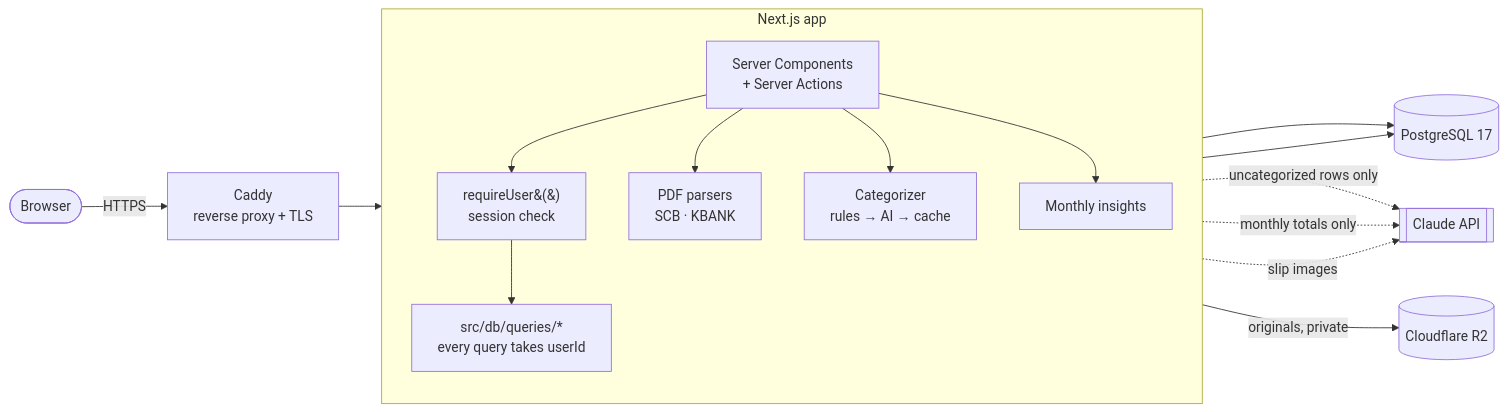
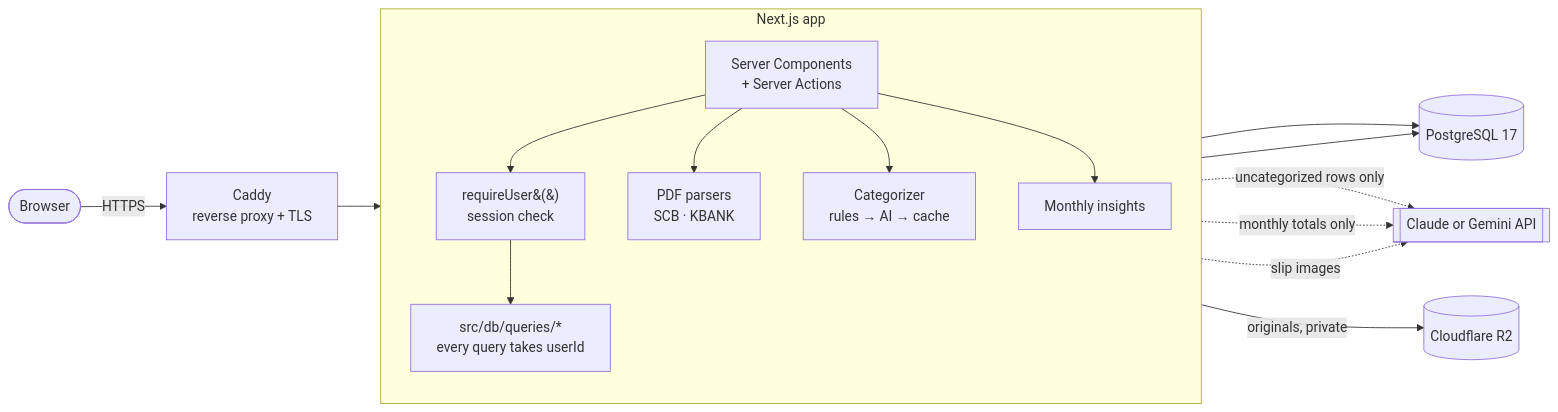
One commit to sariffff/finance-dashboard changed the first of 2 diagrams in README.md. Above: the diagram before and after it, drawn with Mermaid. The commit also changed other lines of this file and 25 other files, not shown here.

````diff
--- a/README.md
+++ b/README.md
@@ -35,21 +36,21 @@
 ```mermaid
 flowchart LR
   user([Browser]) -->|HTTPS| caddy[Caddy<br/>reverse proxy + TLS]
   caddy --> app
 
   subgraph app[Next.js app]
     direction TB
     ui[Server Components<br/>+ Server Actions] --> dal[requireUser&#40;&#41;<br/>session check]
     dal --> queries[src/db/queries/*<br/>every query takes userId]
     ui --> parsers[PDF parsers<br/>SCB · KBANK]
     ui --> categorize[Categorizer<br/>rules → AI → cache]
     ui --> insights[Monthly insights]
   end
 
   queries --> pg[(PostgreSQL 17)]
   categorize --> pg
-  categorize -.->|uncategorized rows only| claude[[Claude API]]
-  insights -.->|monthly totals only| claude
-  ui -.->|slip images| claude
+  categorize -.->|uncategorized rows only| llm[[Claude or Gemini API]]
+  insights -.->|monthly totals only| llm
+  ui -.->|slip images| llm
   ui -->|originals, private| r2[(Cloudflare R2)]
 ```
````
